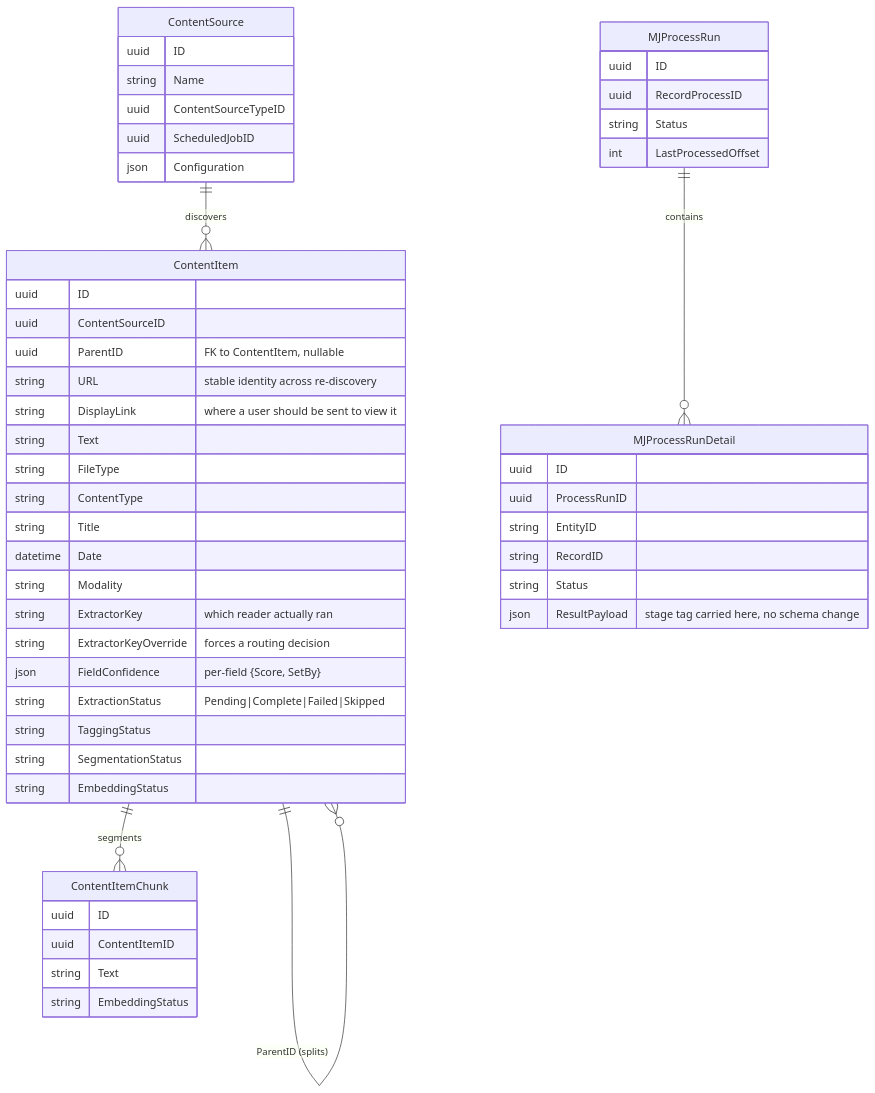
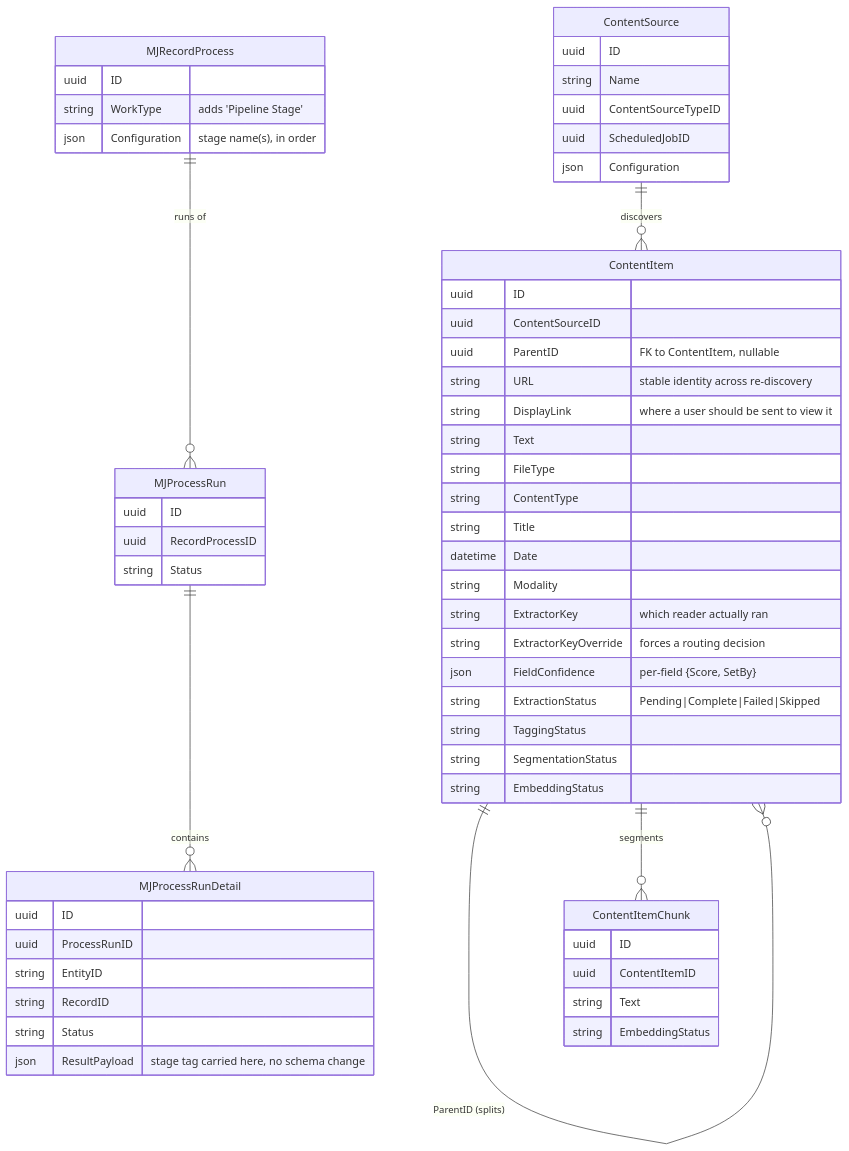
One commit to MemberJunction/MJ changed the first of 2 diagrams in plans/content-pipeline-framework.md. Above: the diagram before and after it, drawn with Mermaid. The commit also changed other lines of this file, not shown here.

First line of the commit message:
Add per-phase implementation detail to content-pipeline-framework plan

````diff
--- a/plans/content-pipeline-framework.md
+++ b/plans/content-pipeline-framework.md
@@ -62,55 +53,60 @@
 ```mermaid
 erDiagram
     ContentSource ||--o{ ContentItem : discovers
     ContentItem ||--o{ ContentItem : "ParentID (splits)"
     ContentItem ||--o{ ContentItemChunk : segments
 
     ContentSource {
         uuid ID
         string Name
         uuid ContentSourceTypeID
         uuid ScheduledJobID
         json Configuration
     }
     ContentItem {
         uuid ID
         uuid ContentSourceID
         uuid ParentID "FK to ContentItem, nullable"
         string URL "stable identity across re-discovery"
         string DisplayLink "where a user should be sent to view it"
         string Text
         string FileType
         string ContentType
         string Title
         datetime Date
         string Modality
         string ExtractorKey "which reader actually ran"
         string ExtractorKeyOverride "forces a routing decision"
         json FieldConfidence "per-field {Score, SetBy}"
         string ExtractionStatus "Pending|Complete|Failed|Skipped"
         string TaggingStatus
         string SegmentationStatus
         string EmbeddingStatus
     }
     ContentItemChunk {
         uuid ID
         uuid ContentItemID
         string Text
         string EmbeddingStatus
     }
+    MJRecordProcess {
+        uuid ID
+        string WorkType "adds 'Pipeline Stage'"
+        json Configuration "stage name(s), in order"
+    }
     MJProcessRun {
         uuid ID
         uuid RecordProcessID
         string Status
-        int LastProcessedOffset
     }
     MJProcessRunDetail {
         uuid ID
         uuid ProcessRunID
         string EntityID
         string RecordID
         string Status
         json ResultPayload "stage tag carried here, no schema change"
     }
+    MJRecordProcess ||--o{ MJProcessRun : "runs of"
     MJProcessRun ||--o{ MJProcessRunDetail : contains
 ```
````
